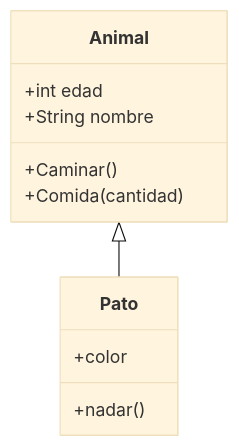
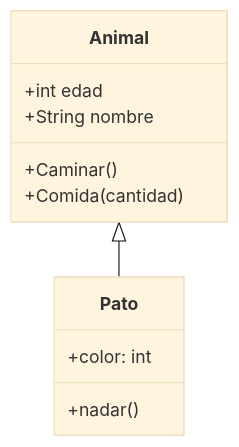
One commit to ealejor/PERSISTENCIA-JAVA changed the diagram in README.md. Above: the diagram before and after it, drawn with Mermaid (base theme).

````diff
--- a/README.md
+++ b/README.md
@@ -4,16 +4,16 @@
 ```mermaid
 classDiagram
     class Animal
     Animal : +int edad
     Animal : +String nombre
     Animal : +Caminar()
     Animal : +Comida(cantidad)
     
     class Pato{
-        +color
+        +color: int
         +nadar()
     }
     
     Animal <|-- Pato
     
 ```
````
